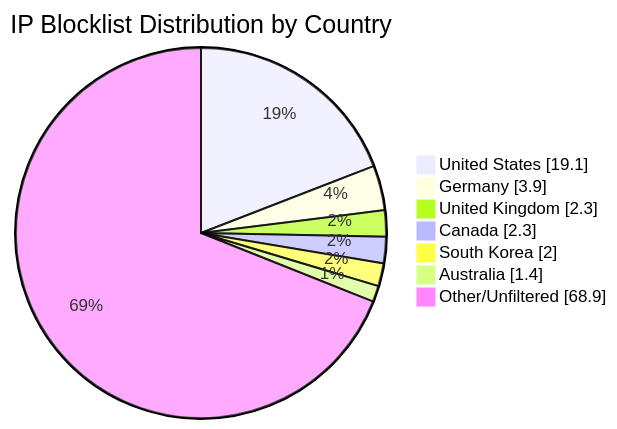
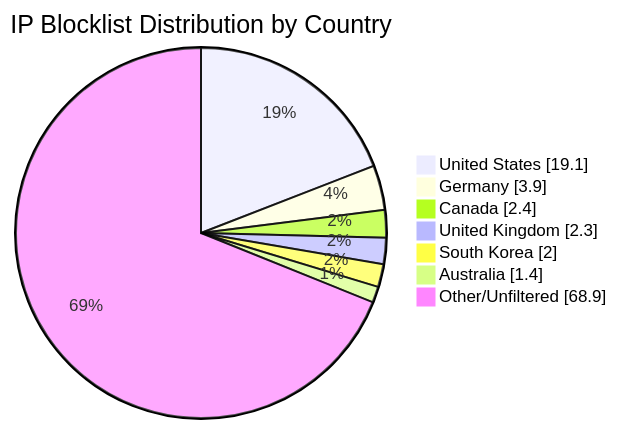
Before and after one commit to MarcusHoltz/ipblocklist-geofiltered-aggregator: the diagram in README.md, drawn with Mermaid. The commit also changed other lines of this file and 9 other files, not shown here.

````diff
--- a/README.md
+++ b/README.md
@@ -34,10 +34,10 @@
 ```mermaid
 pie showData title IP Blocklist Distribution by Country
 "United States" : 19.1
 "Germany" : 3.9
+"Canada" : 2.4
 "United Kingdom" : 2.3
-"Canada" : 2.3
 "South Korea" : 2.0
 "Australia" : 1.4
 "Other/Unfiltered" : 68.9
 ```
````
